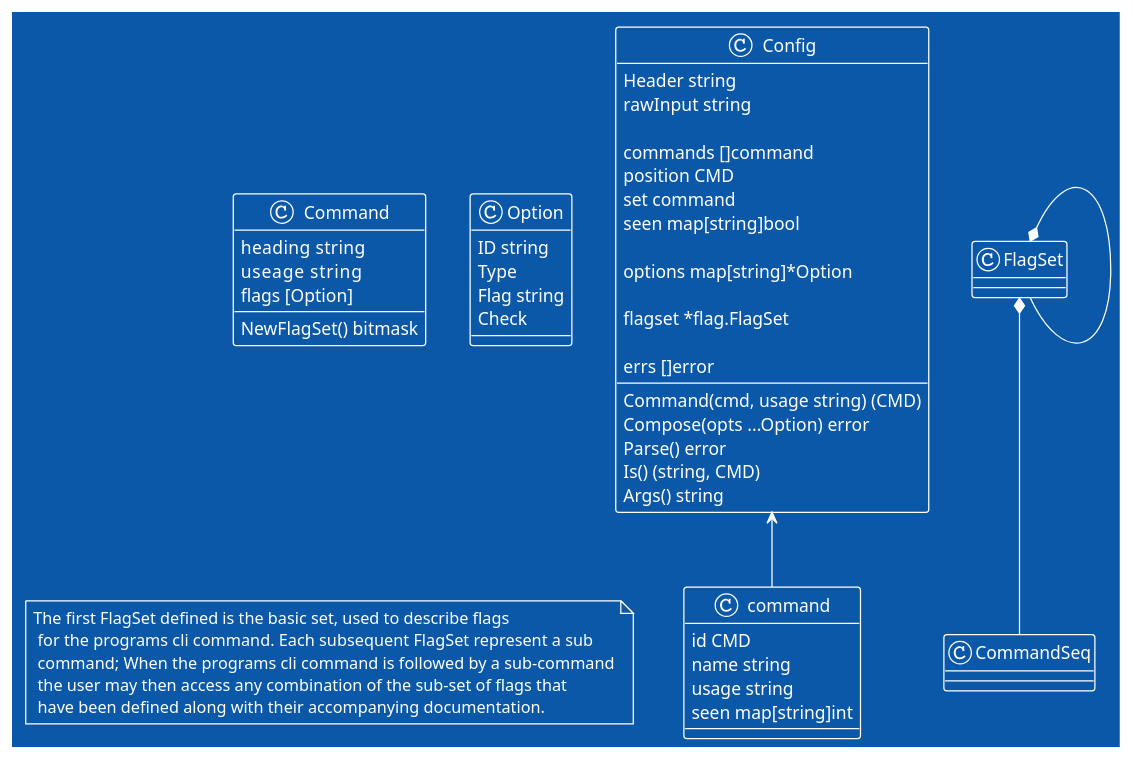
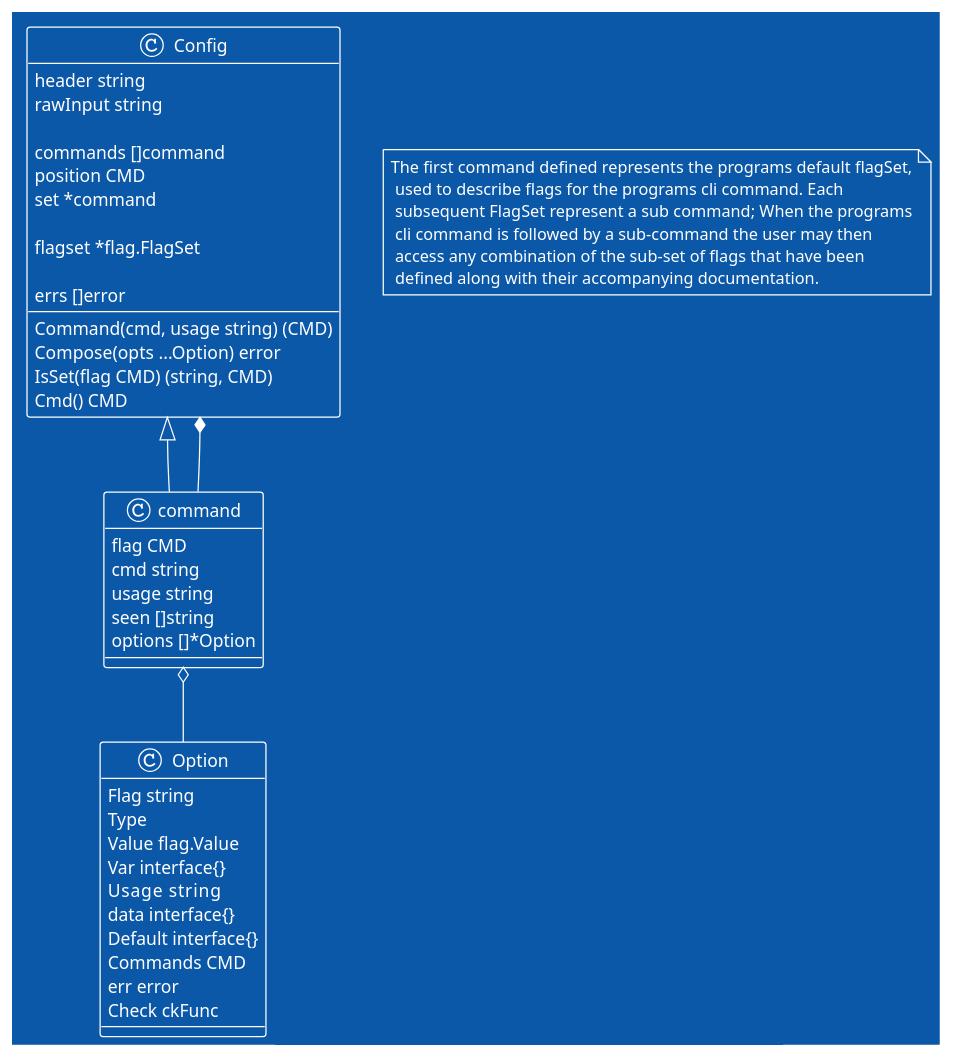
One commit to 8i8/conf changed the diagram in notes/conf.puml. Above: the diagram before and after it, drawn with PlantUML. The commit also changed 1 other file, not shown here.

```diff
--- a/notes/conf.puml
+++ b/notes/conf.puml
@@ -1,55 +1,51 @@
 @startuml
 
 !theme amiga
 
 class Config {
-	Header string
+
+	header string
 	rawInput string
 
 	commands []command
 	position CMD
-	set command
-	seen map[string]bool
-
-	options map[string]*Option
+	set *command
 
 	flagset *flag.FlagSet
 
 	errs []error
 
 	Command(cmd, usage string) (CMD)
 	Compose(opts ...Option) error
-	Parse() error
-	Is() (string, CMD)
-	Args() string
+	IsSet(flag CMD) (string, CMD)
+	Cmd() CMD
 }
 
 class command {
-	id CMD
-	name string
+	flag CMD
+	cmd string
 	usage string
-	seen map[string]int
+	seen []string
+	options []*Option
 }
 
-Config <-- command 
+Config <|-- command 
+Config *-- command 
+command o-- Option
 
-class Command {
-	heading  string
-	useage   string
-	flags [Option]
-	NewFlagSet() bitmask
+class Option {
+	Flag string
+	Type
+	Value flag.Value
+	Var interface{}
+	Usage   string
+	data interface{}
+	Default interface{}
+	Commands CMD
+	err error
+	Check ckFunc
 }
 
-class Option {
-	ID string
-	Type
-	Flag string
-	Check
-}
-
-note "The first FlagSet defined is the basic set, used to describe flags\n for the programs cli command. Each subsequent FlagSet represent a sub\n command; When the programs cli command is followed by a sub-command\n the user may then access any combination of the sub-set of flags that\n have been defined along with their accompanying documentation." as N1
-
-FlagSet *-- FlagSet
-FlagSet *-- CommandSeq
+note "The first command defined represents the programs default flagSet,\n used to describe flags for the programs cli command. Each\n subsequent FlagSet represent a sub command; When the programs\n cli command is followed by a sub-command the user may then\n access any combination of the sub-set of flags that have been\n defined along with their accompanying documentation." as N1
 
 @enduml
```
